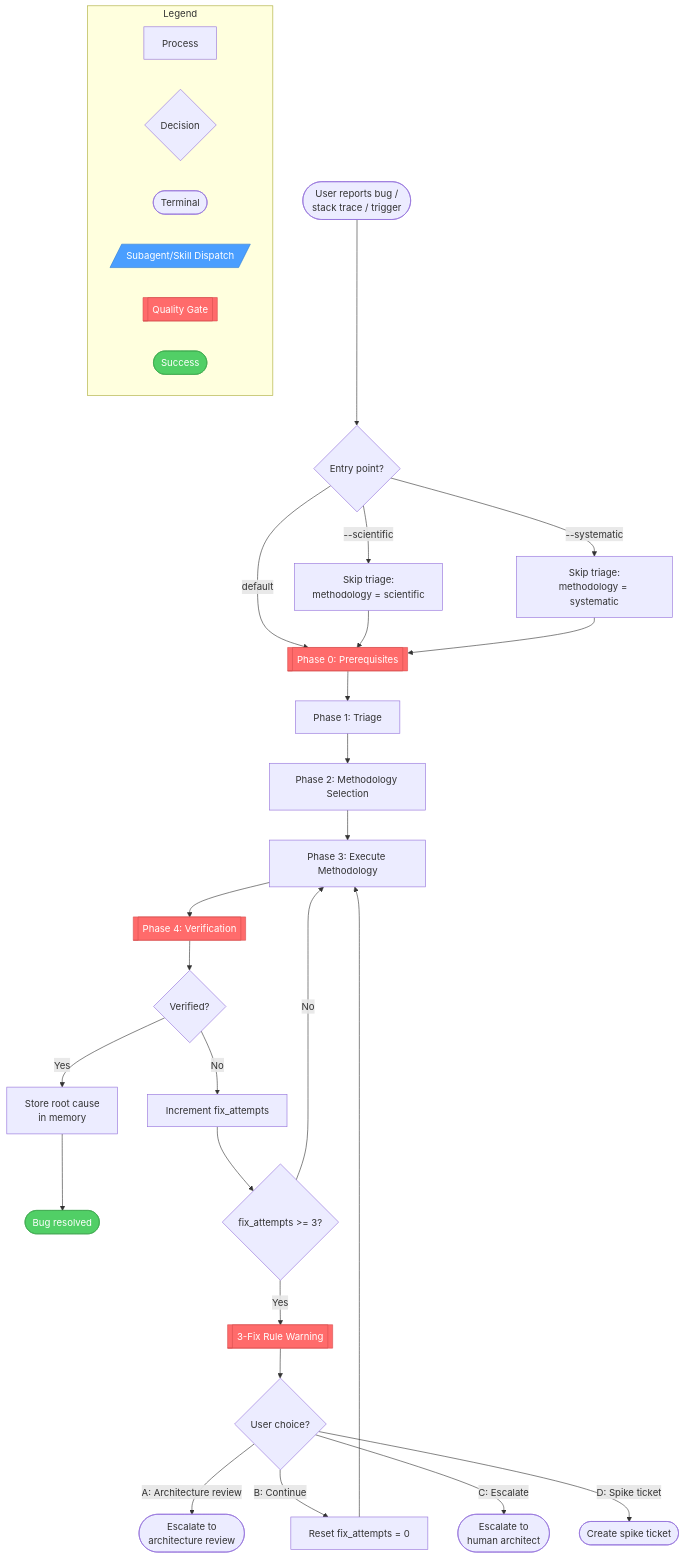
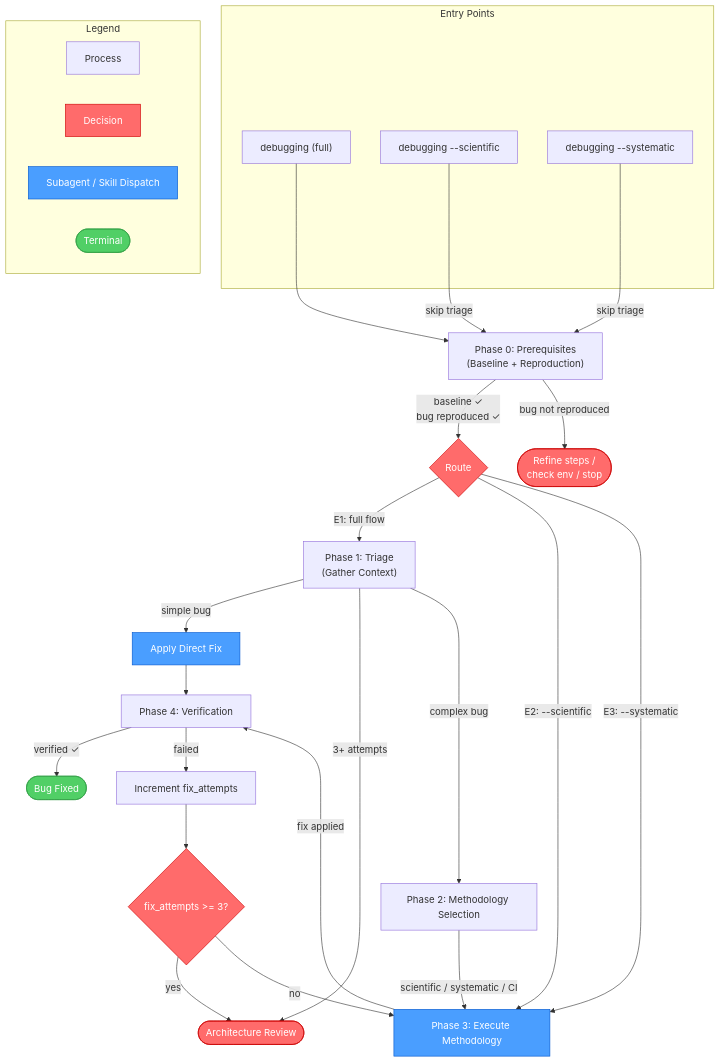
The first of 5 diagrams in docs/diagrams/skills/debugging.md (axiomantic/spellbook), drawn with Mermaid before and after one commit. The commit also changed other lines of this file and 336 other files, not shown here.

````diff
--- a/docs/diagrams/skills/debugging.md
+++ b/docs/diagrams/skills/debugging.md
@@ -8,44 +8,58 @@
 ```mermaid
 flowchart TD
-    subgraph Legend
-        L1[Process]
-        L2{Decision}
-        L3([Terminal])
-        L4[/"Subagent/Skill Dispatch"/]:::subagent
-        L5[[Quality Gate]]:::gate
-        L6([Success]):::success
+    subgraph ENTRY["Entry Points"]
+        E1["debugging (full)"]
+        E2["debugging --scientific"]
+        E3["debugging --systematic"]
     end
 
-    Entry([User reports bug /<br>stack trace / trigger]) --> EntryCheck{Entry point?}
+    P0["Phase 0: Prerequisites\n(Baseline + Reproduction)"]
+    P1["Phase 1: Triage\n(Gather Context)"]
+    P2["Phase 2: Methodology Selection"]
+    P3["Phase 3: Execute Methodology"]
+    P4["Phase 4: Verification"]
 
-    EntryCheck -->|"--scientific"| SkipToSci[Skip triage:<br>methodology = scientific]
-    EntryCheck -->|"--systematic"| SkipToSys[Skip triage:<br>methodology = systematic]
-    EntryCheck -->|default| Phase0
+    E1 --> P0
+    E2 -->|"skip triage"| P0
+    E3 -->|"skip triage"| P0
 
-    SkipToSci --> Phase0
-    SkipToSys --> Phase0
+    P0 -->|"baseline ✓\nbug reproduced ✓"| ROUTE{Route}
+    P0 -->|"bug not reproduced"| NOREPRO(["Refine steps /\ncheck env / stop"])
 
-    Phase0[[Phase 0: Prerequisites]]:::gate --> Phase1
-    Phase1[Phase 1: Triage] --> Phase2
-    Phase2[Phase 2: Methodology Selection] --> Phase3
-    Phase3[Phase 3: Execute Methodology] --> Phase4
-    Phase4[[Phase 4: Verification]]:::gate --> VerifyResult{Verified?}
+    ROUTE -->|"E1: full flow"| P1
+    ROUTE -->|"E2: --scientific"| P3
+    ROUTE -->|"E3: --systematic"| P3
 
-    VerifyResult -->|Yes| StoreMemory[Store root cause<br>in memory]
-    StoreMemory --> Done([Bug resolved]):::success
+    P1 -->|"simple bug"| SIMPLEFIX["Apply Direct Fix"]
+    P1 -->|"3+ attempts"| ARCHREVIEW(["Architecture Review"])
+    P1 -->|"complex bug"| P2
 
-    VerifyResult -->|No| IncAttempts[Increment fix_attempts]
-    IncAttempts --> ThreeCheck{fix_attempts >= 3?}
-    ThreeCheck -->|No| Phase3
-    ThreeCheck -->|Yes| ThreeFix[[3-Fix Rule Warning]]:::gate
-    ThreeFix --> ThreeChoice{User choice?}
-    ThreeChoice -->|"A: Architecture review"| ArchReview([Escalate to<br>architecture review])
-    ThreeChoice -->|"B: Continue"| ResetContinue[Reset fix_attempts = 0]
-    ThreeChoice -->|"C: Escalate"| Escalate([Escalate to<br>human architect])
-    ThreeChoice -->|"D: Spike ticket"| Spike([Create spike ticket])
-    ResetContinue --> Phase3
+    P2 -->|"scientific / systematic / CI"| P3
 
-    classDef subagent fill:#4a9eff,stroke:#2d7cd6,color:#fff
-    classDef gate fill:#ff6b6b,stroke:#d94f4f,color:#fff
-    classDef success fill:#51cf66,stroke:#3da84e,color:#fff
+    SIMPLEFIX --> P4
+    P3 -->|"fix applied"| P4
+
+    P4 -->|"verified ✓"| SUCCESS(["Bug Fixed"])
+    P4 -->|"failed"| INCR["Increment fix_attempts"]
+    INCR --> RULE{fix_attempts >= 3?}
+    RULE -->|"yes"| ARCHREVIEW
+    RULE -->|"no"| P3
+
+    subgraph LEGEND["Legend"]
+        L1["Process"]
+        L2["Decision"]:::gate
+        L3["Subagent / Skill Dispatch"]:::subagent
+        L4(["Terminal"]):::success
+    end
+
+    classDef gate fill:#ff6b6b,color:#fff,stroke:#cc0000
+    classDef subagent fill:#4a9eff,color:#fff,stroke:#0055cc
+    classDef success fill:#51cf66,color:#fff,stroke:#2f9e44
+    classDef fail fill:#ff6b6b,color:#fff,stroke:#cc0000
+
+    class NOREPRO fail
+    class ARCHREVIEW fail
+    class SUCCESS success
+    class SIMPLEFIX,P3 subagent
+    class RULE,ROUTE gate
 ```
````
